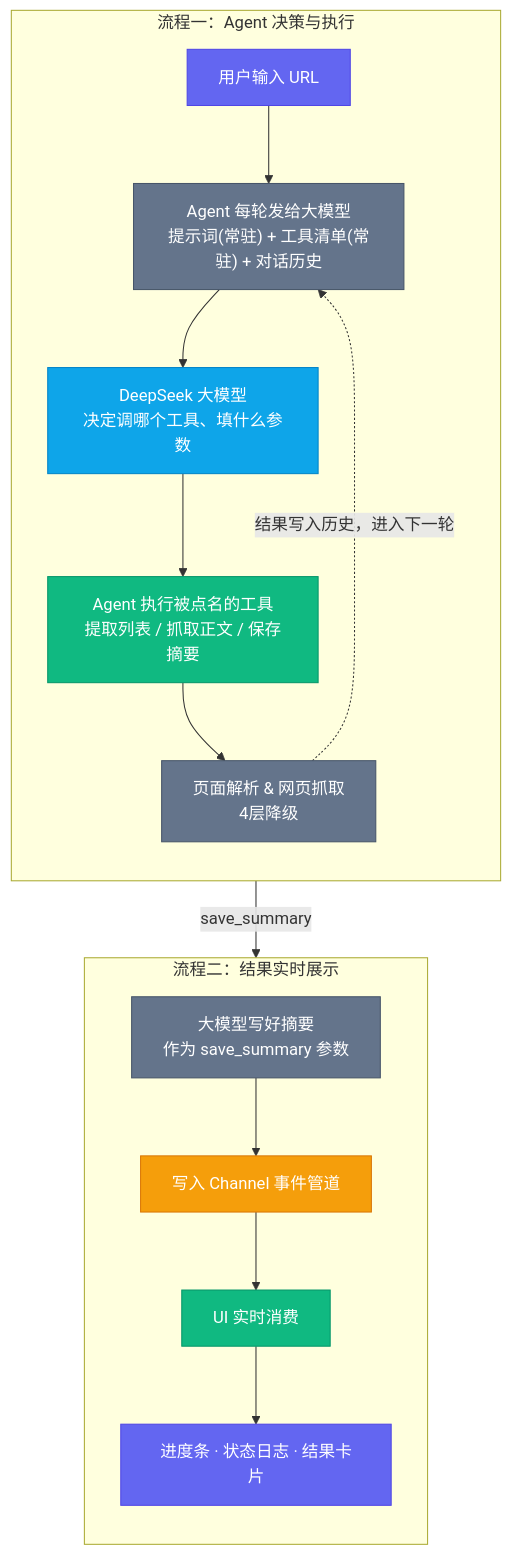
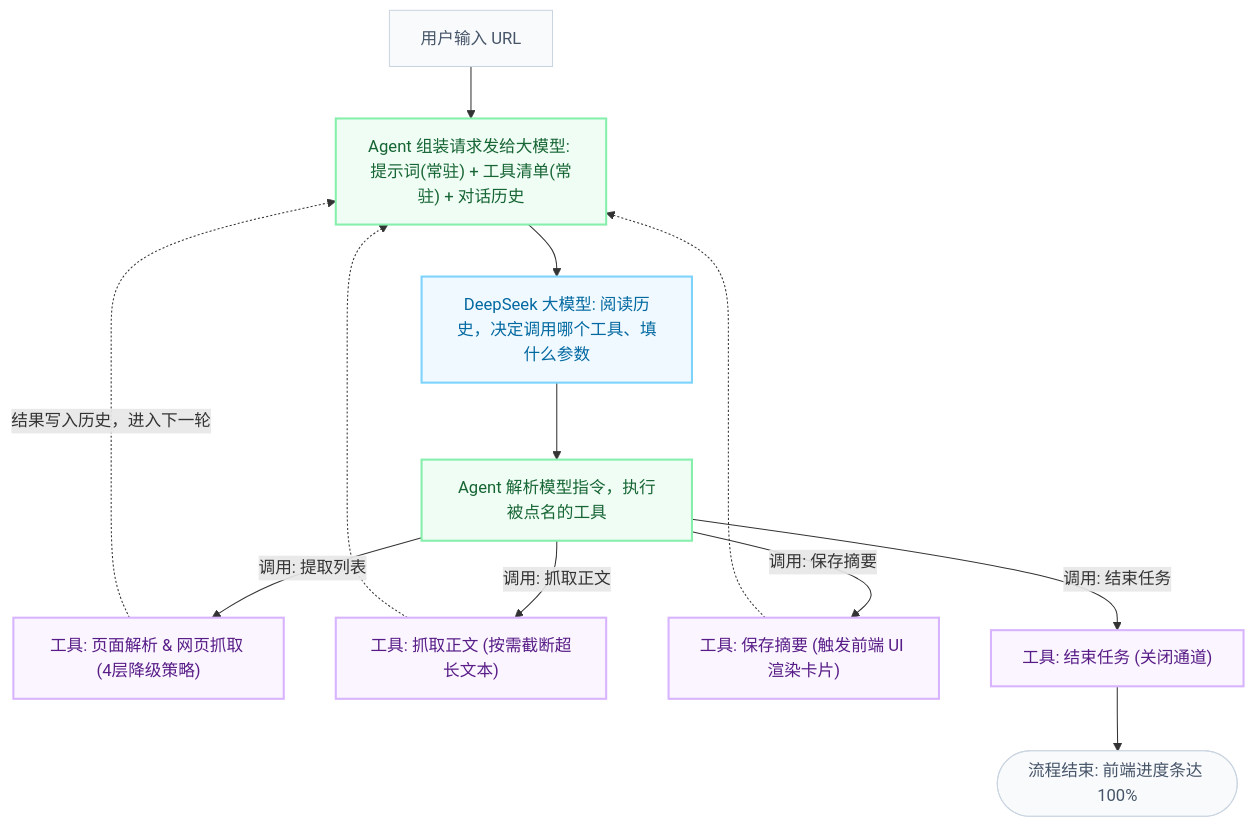
Before and after one commit to Cheny-0517/zuopingji-0517: the diagram in README.md, drawn with Mermaid. The commit also changed other lines of this file, not shown here.

````diff
--- a/README.md
+++ b/README.md
@@ -32,32 +32,62 @@
 ```mermaid
-flowchart TD
-    subgraph F1["流程一：Agent 决策与执行"]
-        direction TB
-        A["用户输入 URL"] --> B["Agent 每轮发给大模型<br/>提示词(常驻) + 工具清单(常驻) + 对话历史"]
-        B --> C["DeepSeek 大模型<br/>决定调哪个工具、填什么参数"]
-        C --> D["Agent 执行被点名的工具<br/>提取列表 / 抓取正文 / 保存摘要"]
-        D --> E["页面解析 & 网页抓取<br/>4层降级"]
-        E -.->|"结果写入历史，进入下一轮"| B
-    end
+graph TD
+    %% =======================================
+    %% 1. 定义节点内容 (纯净双引号包裹)
+    %% =======================================
+    User["用户输入 URL"]
+    
+    %% 核心中枢
+    AgentState["Agent 组装请求发给大模型: 提示词(常驻) + 工具清单(常驻) + 对话历史"]
+    LLM["DeepSeek 大模型: 阅读历史，决定调用哪个工具、填什么参数"]
+    AgentAction["Agent 解析模型指令，执行被点名的工具"]
+    
+    %% 具体的工具集
+    ToolParse["工具: 页面解析 & 网页抓取 (4层降级策略)"]
+    ToolFetch["工具: 抓取正文 (按需截断超长文本)"]
+    ToolSave["工具: 保存摘要 (触发前端 UI 渲染卡片)"]
+    ToolEnd["工具: 结束任务 (关闭通道)"]
+    
+    End(["流程结束: 前端进度条达 100%"])
 
-    subgraph F2["流程二：结果实时展示"]
-        direction TB
-        G["大模型写好摘要<br/>作为 save_summary 参数"] --> H["写入 Channel 事件管道"]
-        H --> I["UI 实时消费"]
-        I --> J["进度条 · 状态日志 · 结果卡片"]
-    end
+    %% =======================================
+    %% 2. 定义执行流 (主干直线，循环靠侧边虚线)
+    %% =======================================
+    User --> AgentState
+    AgentState --> LLM
+    LLM --> AgentAction
+    
+    %% Agent 分发到具体工具
+    AgentAction --> |"调用: 提取列表"| ToolParse
+    AgentAction --> |"调用: 抓取正文"| ToolFetch
+    AgentAction --> |"调用: 保存摘要"| ToolSave
+    AgentAction --> |"调用: 结束任务"| ToolEnd
+    
+    %% =======================================
+    %% 3. 核心精髓：状态写回与循环反馈 (对应截图左侧虚线)
+    %% =======================================
+    ToolParse -.-> |"结果写入历史，进入下一轮"| AgentState
+    ToolFetch -.-> AgentState
+    ToolSave -.-> AgentState
+    
+    %% 结束分支跳出循环
+    ToolEnd --> End
 
-    D -->|"save_summary"| G
+    %% =======================================
+    %% 4. 清新脱俗的极简配色 (低饱和度浅色底 + 雅致边框)
+    %% =======================================
+    
+    %% 用户/结束 (淡雅灰白)
+    classDef baseStyle fill:#F8FAFC,stroke:#CBD5E1,stroke-width:1px,color:#475569
+    %% Agent 状态/执行 (清透薄荷绿)
+    classDef agentStyle fill:#F0FDF4,stroke:#86EFAC,stroke-width:2px,color:#166534
+    %% 大模型 (静谧海蓝)
+    classDef llmStyle fill:#F0F9FF,stroke:#7DD3FC,stroke-width:2px,color:#0369A1
+    %% 工具层 (柔和香芋紫)
+    classDef toolStyle fill:#FAF5FF,stroke:#D8B4FE,stroke-width:2px,color:#581C87
 
-    classDef blue fill:#6366f1,stroke:#4f46e5,color:#fff;
-    classDef amber fill:#f59e0b,stroke:#d97706,color:#fff;
-    classDef sky fill:#0ea5e9,stroke:#0284c7,color:#fff;
-    classDef green fill:#10b981,stroke:#059669,color:#fff;
-    classDef gray fill:#64748b,stroke:#475569,color:#fff;
-    class A,J blue;
-    class B,G gray;
-    class C sky;
-    class D,I green;
-    class E gray;
-    class H amber;
+    %% 应用样式
+    class User,End baseStyle
+    class AgentState,AgentAction agentStyle
+    class LLM llmStyle
+    class ToolParse,ToolFetch,ToolSave,ToolEnd toolStyle
 ```
````
